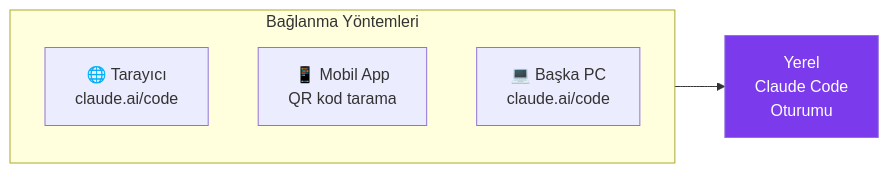
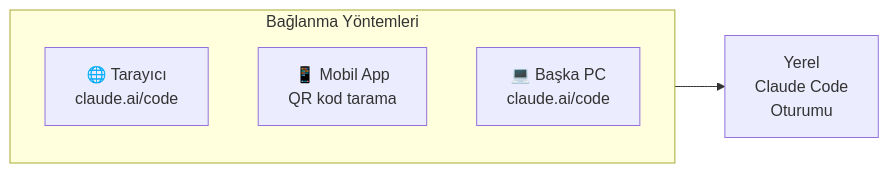
Before and after one commit to IzzetYasinAtes/ClaudeCodeHandbook: the second of 5 diagrams in 15-entegrasyonlar/07-uzaktan-kontrol.md, drawn with Mermaid. The commit also changed other lines of this file and 97 other files, not shown here.

Commit message:
Remove all custom Mermaid style/fill colors from 98 markdown files for consistent dark theme rendering

````diff
--- a/15-entegrasyonlar/07-uzaktan-kontrol.md
+++ b/15-entegrasyonlar/07-uzaktan-kontrol.md
@@ -83,13 +79,12 @@
 ```mermaid
 flowchart LR
     subgraph options ["Bağlanma Yöntemleri"]
         direction TB
         O1["🌐 Tarayıcı<br/>claude.ai/code"]
         O2["📱 Mobil App<br/>QR kod tarama"]
         O3["💻 Başka PC<br/>claude.ai/code"]
     end
 
     options --> CC["Yerel<br/>Claude Code<br/>Oturumu"]
 
-    style CC fill:#7C3AED,color:#fff
 ```
````
